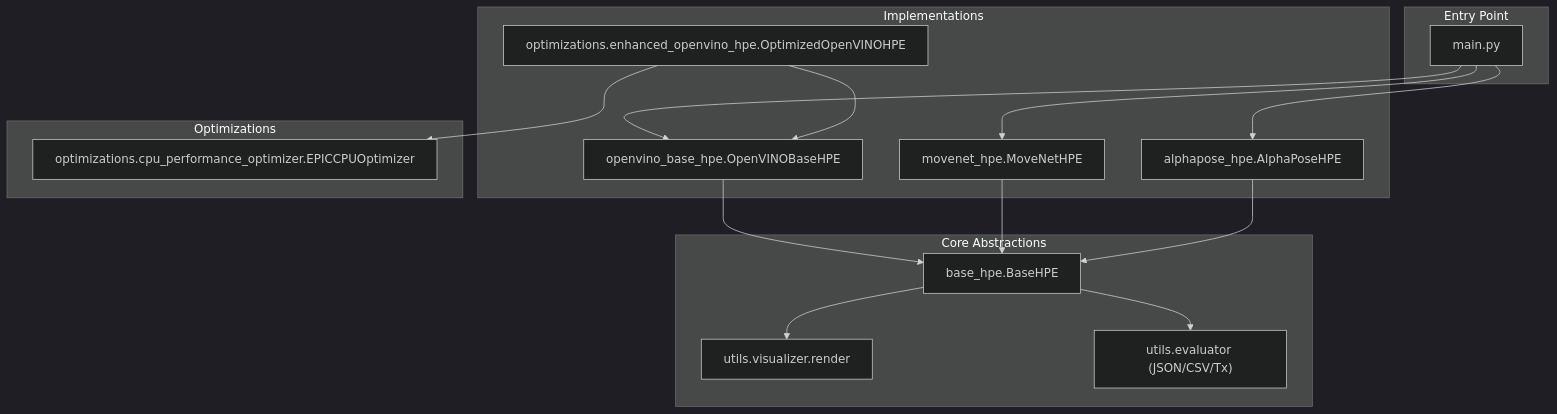
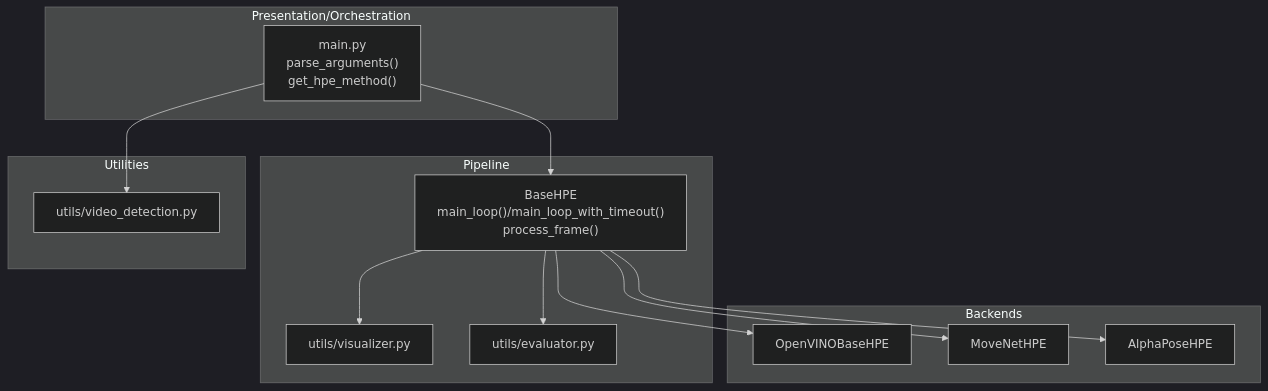
Before and after one commit to Fogus-Gr/MeasurementsDTs: the second of 10 diagrams in .qoder/repowiki/en/content/Core Architecture/Core Architecture.md, drawn with Mermaid (dark theme). The commit also changed other lines of this file and 158 other files, not shown here.

````diff
--- a/.qoder/repowiki/en/content/Core Architecture/Core Architecture.md
+++ b/.qoder/repowiki/en/content/Core Architecture/Core Architecture.md
@@ -42,30 +90,26 @@
 ```mermaid
 graph TB
-subgraph "Entry Point"
-MAIN["main.py"]
+subgraph "Presentation/Orchestration"
+M["main.py<br/>parse_arguments()<br/>get_hpe_method()"]
 end
-subgraph "Core Abstractions"
-BASE["base_hpe.BaseHPE"]
-VIS["utils.visualizer.render"]
-EVAL["utils.evaluator (JSON/CSV/Tx)"]
+subgraph "Pipeline"
+B["BaseHPE<br/>main_loop()/main_loop_with_timeout()<br/>process_frame()"]
+U1["utils/visualizer.py"]
+U2["utils/evaluator.py"]
 end
-subgraph "Implementations"
-OVB["openvino_base_hpe.OpenVINOBaseHPE"]
-MOV["movenet_hpe.MoveNetHPE"]
-ALP["alphapose_hpe.AlphaPoseHPE"]
-OVB_OPT["optimizations.enhanced_openvino_hpe.OptimizedOpenVINOHPE"]
+subgraph "Backends"
+O["OpenVINOBaseHPE"]
+MV["MoveNetHPE"]
+AP["AlphaPoseHPE"]
 end
-subgraph "Optimizations"
-CPU["optimizations.cpu_performance_optimizer.EPICCPUOptimizer"]
+subgraph "Utilities"
+VD["utils/video_detection.py"]
 end
-MAIN --> OVB
-MAIN --> MOV
-MAIN --> ALP
-OVB --> BASE
-MOV --> BASE
-ALP --> BASE
-OVB_OPT --> OVB
-OVB_OPT --> CPU
-BASE --> VIS
-BASE --> EVAL
+M --> B
+B --> O
+B --> MV
+B --> AP
+B --> U1
+B --> U2
+M --> VD
 ```
````
